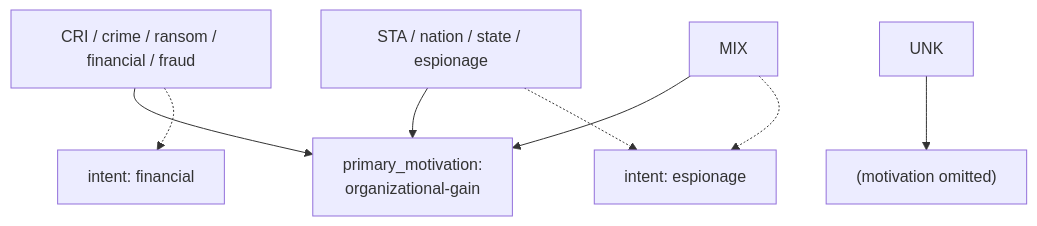
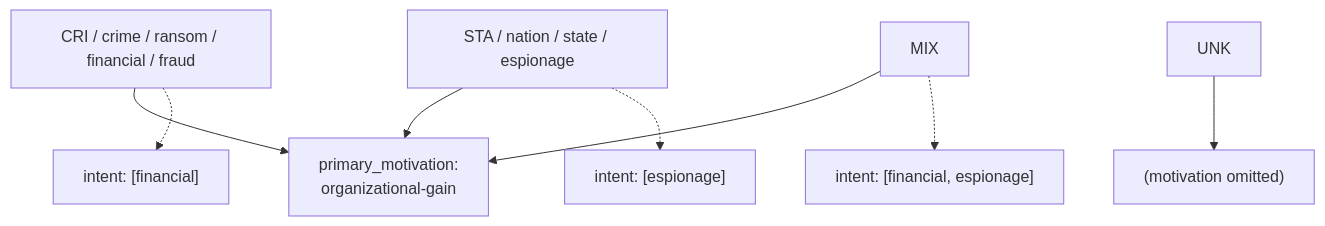
One commit to CTI-Center/PatchWork changed the first of 2 diagrams in docs/Vocabularies.md. Above: the diagram before and after it, drawn with Mermaid. The commit also changed other lines of this file and 32 other files, not shown here.

````diff
--- a/docs/Vocabularies.md
+++ b/docs/Vocabularies.md
@@ -314,10 +267,10 @@
 ```mermaid
 flowchart TB
   CRI["CRI / crime / ransom / financial / fraud"] --> OG["primary_motivation:<br/>organizational-gain"]
   STA["STA / nation / state / espionage"] --> OG
   MIX["MIX"] --> OG
   UNK["UNK"] --> OM["(motivation omitted)"]
-  CRI -.-> XF["intent: financial"]
-  STA -.-> XE["intent: espionage"]
-  MIX -.-> XE
+  CRI -.-> XF["intent: [financial]"]
+  STA -.-> XE["intent: [espionage]"]
+  MIX -.-> XM["intent: [financial, espionage]"]
 ```
````
